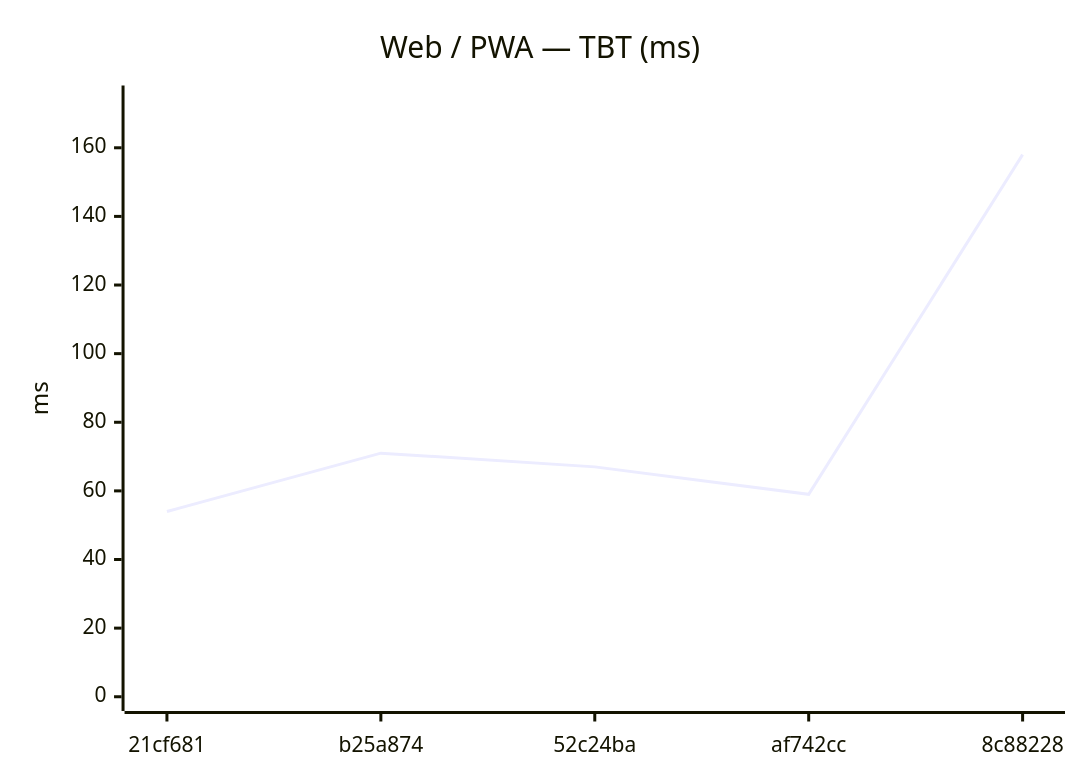
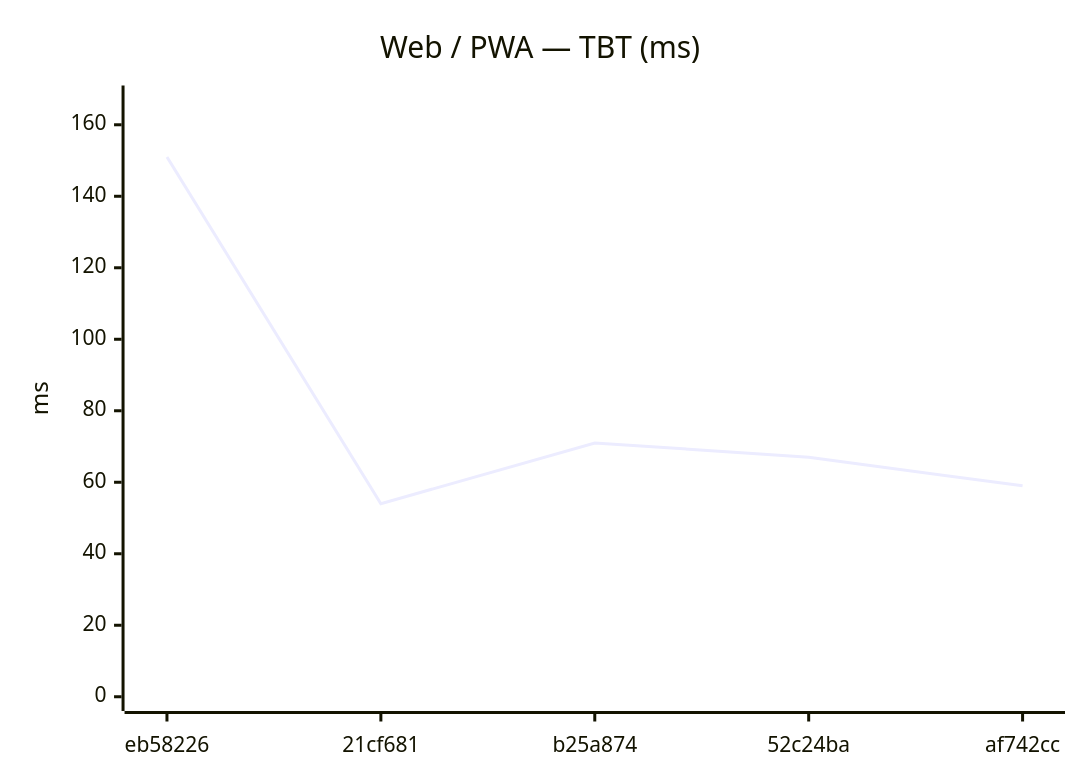
Before and after one commit to Metaheurist/Rianell: the eighth of 18 diagrams in benchmarks/compare.md, drawn with Mermaid. The commit also changed other lines of this file and 11 other files, not shown here.

````diff
--- a/benchmarks/compare.md
+++ b/benchmarks/compare.md
@@ -124,7 +124,7 @@
 ```mermaid
 xychart-beta
     title "Web / PWA — TBT (ms)"
-    x-axis ["21cf681", "b25a874", "52c24ba", "af742cc", "8c88228"]
-    y-axis "ms" 0 --> 174
-    line [54, 71, 67, 59, 158]
+    x-axis ["eb58226", "21cf681", "b25a874", "52c24ba", "af742cc"]
+    y-axis "ms" 0 --> 167
+    line [151, 54, 71, 67, 59]
 ```
````
